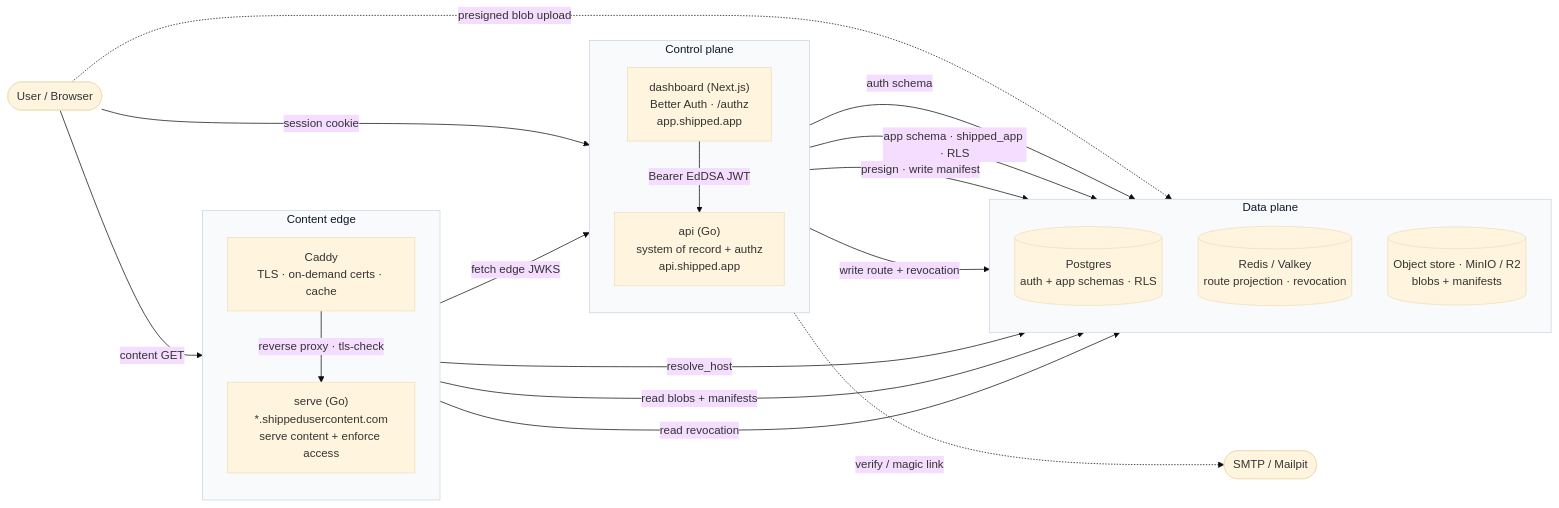
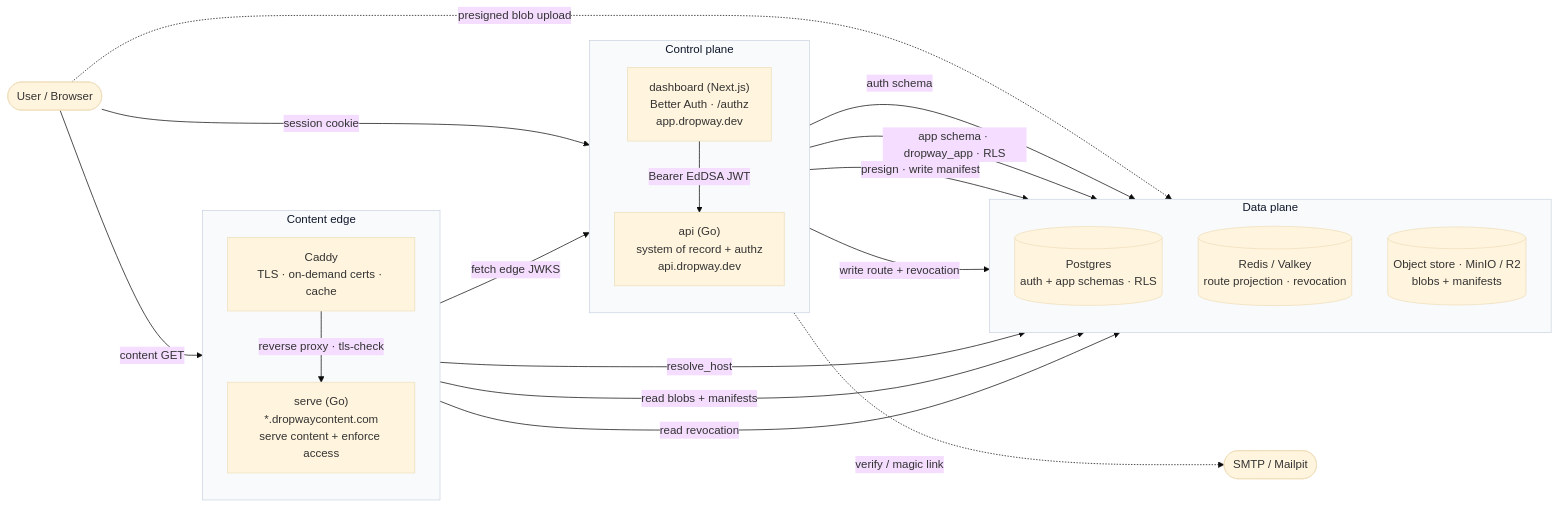
Before and after one commit to danielpang/dropway: the first of 2 diagrams in docs/diagrams/README.md, drawn with Mermaid (base theme). The commit also changed other lines of this file and 199 other files, not shown here.

First line of the commit message:
chore: rename project Shipped → Dropway

````diff
--- a/docs/diagrams/README.md
+++ b/docs/diagrams/README.md
@@ -17,43 +17,43 @@
 ```mermaid
 flowchart LR
   user(["User / Browser"])
 
   subgraph edge["Content edge"]
     direction TB
     caddy["Caddy<br/>TLS · on-demand certs · cache"]
-    serve["serve (Go)<br/>*.shippedusercontent.com<br/>serve content + enforce access"]
+    serve["serve (Go)<br/>*.dropwaycontent.com<br/>serve content + enforce access"]
   end
 
   subgraph control["Control plane"]
     direction TB
-    dash["dashboard (Next.js)<br/>Better Auth · /authz<br/>app.shipped.app"]
-    api["api (Go)<br/>system of record + authz<br/>api.shipped.app"]
+    dash["dashboard (Next.js)<br/>Better Auth · /authz<br/>app.dropway.dev"]
+    api["api (Go)<br/>system of record + authz<br/>api.dropway.dev"]
   end
 
   subgraph datap["Data plane"]
     direction TB
     pg[("Postgres<br/>auth + app schemas · RLS")]
     redis[("Redis / Valkey<br/>route projection · revocation")]
     store[("Object store · MinIO / R2<br/>blobs + manifests")]
   end
 
   smtp(["SMTP / Mailpit"])
 
   user -->|session cookie| dash
   user -->|content GET| caddy
   user -. presigned blob upload .-> store
   caddy -->|reverse proxy · tls-check| serve
   dash -->|Bearer EdDSA JWT| api
   dash -->|auth schema| pg
   dash -. verify / magic link .-> smtp
-  api -->|app schema · shipped_app · RLS| pg
+  api -->|app schema · dropway_app · RLS| pg
   api -->|presign · write manifest| store
   api -->|write route + revocation| redis
   serve -->|resolve_host| pg
   serve -->|read blobs + manifests| store
   serve -->|read revocation| redis
   serve -->|fetch edge JWKS| api
 
   classDef plane fill:#f8fafc,stroke:#cbd5e1,color:#0f172a;
   class edge,control,datap plane;
 ```
````
